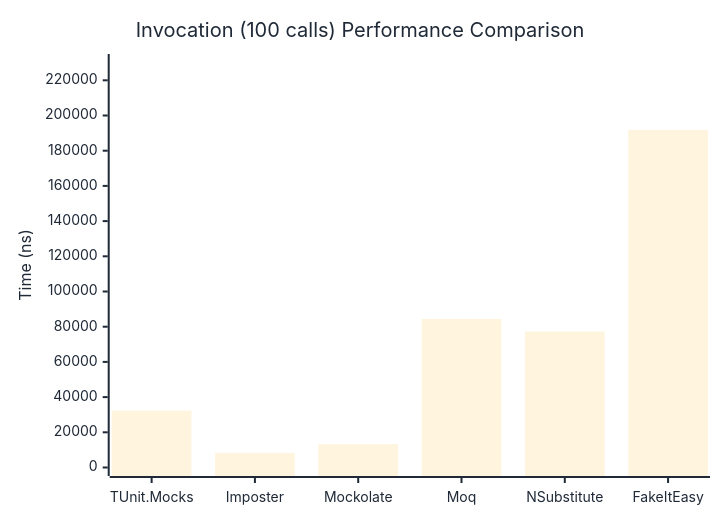
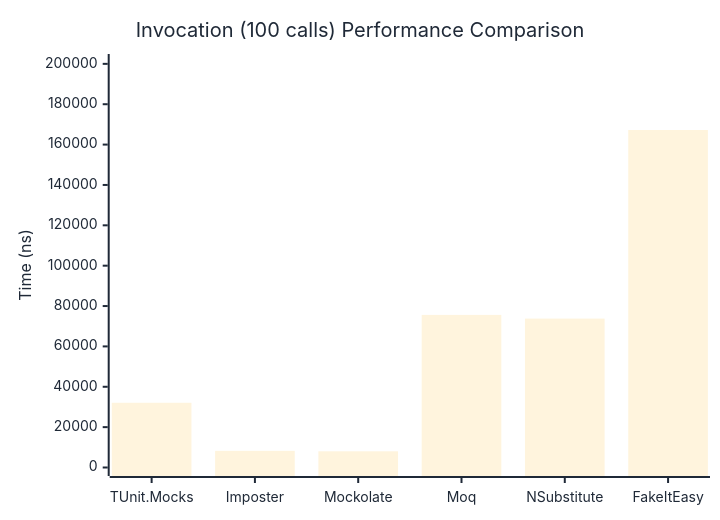
The third of 3 diagrams in docs/docs/benchmarks/mocks/Invocation.md (thomhurst/TUnit), drawn with Mermaid before and after one commit. The commit also changed other lines of this file and 14 other files, not shown here.

````diff
--- a/docs/docs/benchmarks/mocks/Invocation.md
+++ b/docs/docs/benchmarks/mocks/Invocation.md
@@ -112,27 +112,27 @@
 ```mermaid
 %%{init: {
   'theme':'base',
   'themeVariables': {
     'primaryColor': '#2563eb',
     'primaryTextColor': '#1f2937',
     'primaryBorderColor': '#1e40af',
     'lineColor': '#6b7280',
     'secondaryColor': '#7c3aed',
     'tertiaryColor': '#dc2626',
     'background': '#ffffff',
     'pie1': '#2563eb',
     'pie2': '#7c3aed',
     'pie3': '#dc2626',
     'pie4': '#f59e0b',
     'pie5': '#10b981',
     'pie6': '#06b6d4',
     'pie7': '#ec4899',
     'pie8': '#6366f1'
   }
 }}%%
 xychart-beta
   title "Invocation (100 calls) Performance Comparison"
   x-axis ["TUnit.Mocks", "Imposter", "Mockolate", "Moq", "NSubstitute", "FakeItEasy"]
-  y-axis "Time (ns)" 0 --> 230117
-  bar [32283.28, 8344.06, 13252.88, 84411.47, 77250.14, 191764.03]
+  y-axis "Time (ns)" 0 --> 200673
+  bar [32078.44, 8244.86, 8023.81, 75615.5, 73780.07, 167226.67]
 ```
````
